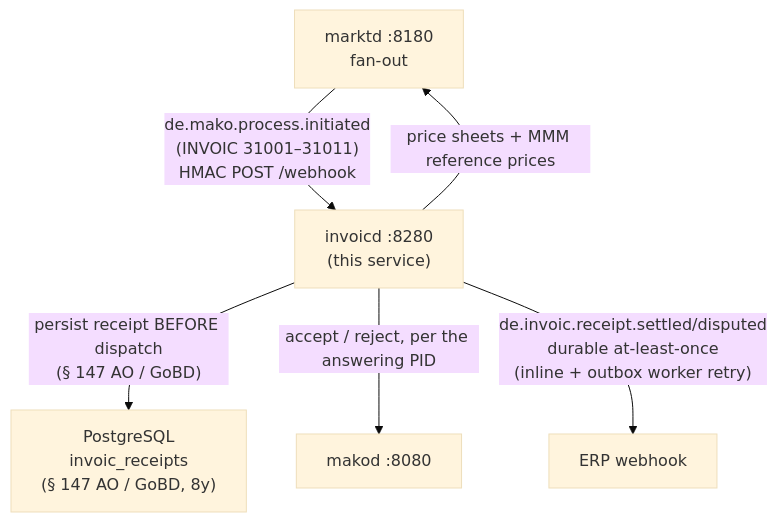
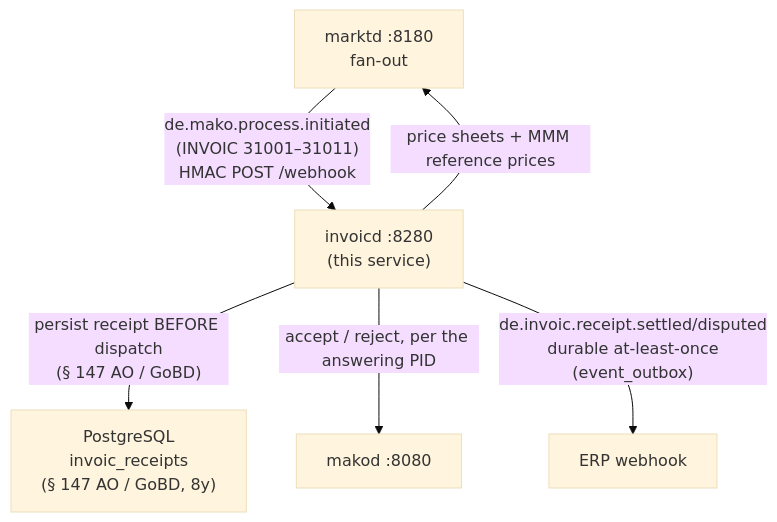
Before and after one commit to hupe1980/mako: the first of 2 diagrams in site/content/docs/services/invoicd.md, drawn with Mermaid (base theme). The commit also changed other lines of this file and 443 other files, not shown here.

````diff
--- a/site/content/docs/services/invoicd.md
+++ b/site/content/docs/services/invoicd.md
@@ -26,13 +26,13 @@
 ```mermaid
 graph TB
     marktd["marktd :8180<br/>fan-out"]
     invoicd["invoicd :8280<br/>(this service)"]
     makod["makod :8080"]
     pg["PostgreSQL<br/>invoic_receipts<br/>(§ 147 AO / GoBD, 8y)"]
 
     marktd -->|"de.mako.process.initiated<br/>(INVOIC 31001–31011)<br/>HMAC POST /webhook"| invoicd
     invoicd -->|"price sheets + MMM reference prices"| marktd
     invoicd -->|"persist receipt BEFORE dispatch<br/>(§ 147 AO / GoBD)"| pg
     invoicd -->|"accept / reject, per the answering PID"| makod
-    invoicd -->|"de.invoic.receipt.settled/disputed<br/>durable at-least-once<br/>(inline + outbox worker retry)"| erp["ERP webhook"]
+    invoicd -->|"de.invoic.receipt.settled/disputed<br/>durable at-least-once<br/>(event_outbox)"| erp["ERP webhook"]
 ```
````
